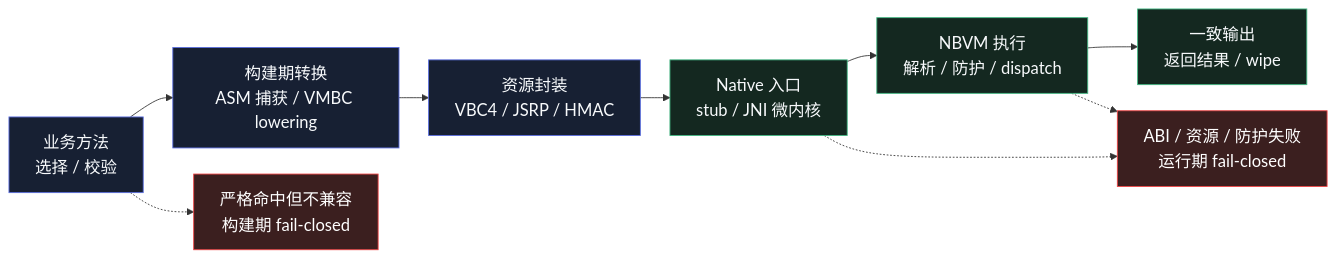
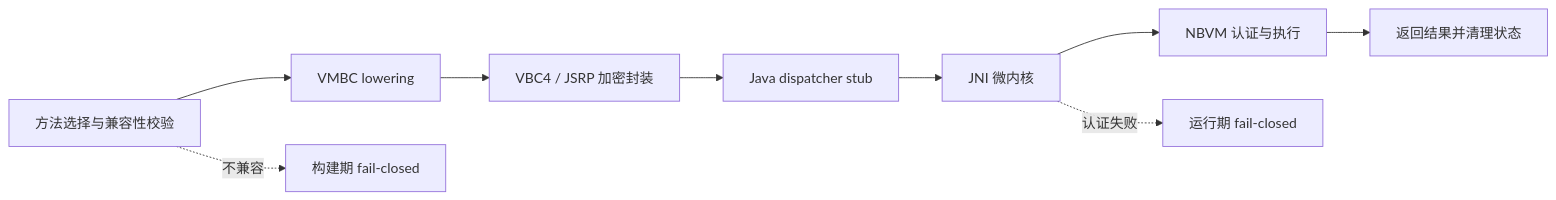
Before and after one commit to HHT0rro/JavaShroud: the diagram in README.md, drawn with Mermaid. The commit also changed other lines of this file and 4 other files, not shown here.

````diff
--- a/README.md
+++ b/README.md
@@ -45,21 +47,11 @@
 ```mermaid
-%%{init: {"themeVariables": {"fontSize": "19px", "fontFamily": "Arial, sans-serif"}, "flowchart": {"nodeSpacing": 30, "rankSpacing": 34, "curve": "basis"}} }%%
 flowchart LR
-  classDef main fill:#172033,stroke:#5b6ee1,color:#f8fafc,stroke-width:1px,font-size:19px;
-  classDef runtime fill:#142820,stroke:#42b883,color:#f8fafc,stroke-width:1px,font-size:19px;
-  classDef gate fill:#3b1f1f,stroke:#ef4444,color:#fff,stroke-width:1px,font-size:19px;
-
-  A["业务方法<br/>选择 / 校验"] --> B["构建期转换<br/>ASM 捕获 / VMBC lowering"]
-  B --> C["资源封装<br/>VBC4 / JSRP / HMAC"]
-  C --> D["Native 入口<br/>stub / JNI 微内核"]
-  D --> E["NBVM 执行<br/>解析 / 防护 / dispatch"]
-  E --> F["一致输出<br/>返回结果 / wipe"]
-
-  A -.-> G["严格命中但不兼容<br/>构建期 fail-closed"]
-  D -.-> H["ABI / 资源 / 防护失败<br/>运行期 fail-closed"]
-  E -.-> H
-
-  class A,B,C main;
-  class D,E,F runtime;
-  class G,H gate;
+  A["方法选择与兼容性校验"] --> B["VMBC lowering"]
+  B --> C["VBC4 / JSRP 加密封装"]
+  C --> D["Java dispatcher stub"]
+  D --> E["JNI 微内核"]
+  E --> F["NBVM 认证与执行"]
+  F --> G["返回结果并清理状态"]
+  A -.不兼容.-> X["构建期 fail-closed"]
+  E -.认证失败.-> Y["运行期 fail-closed"]
 ```
````
